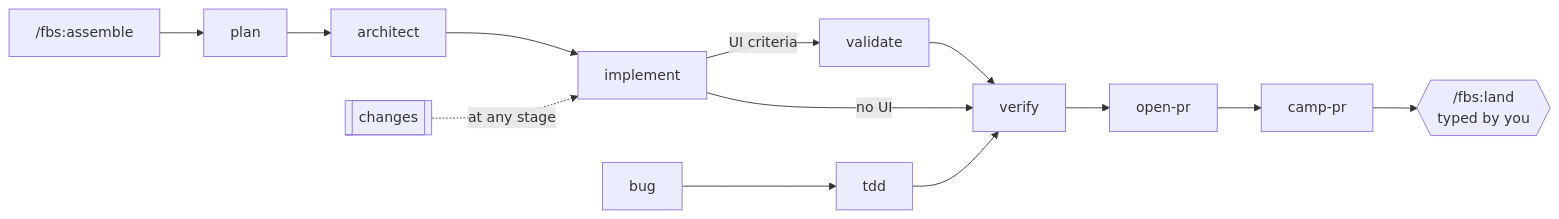
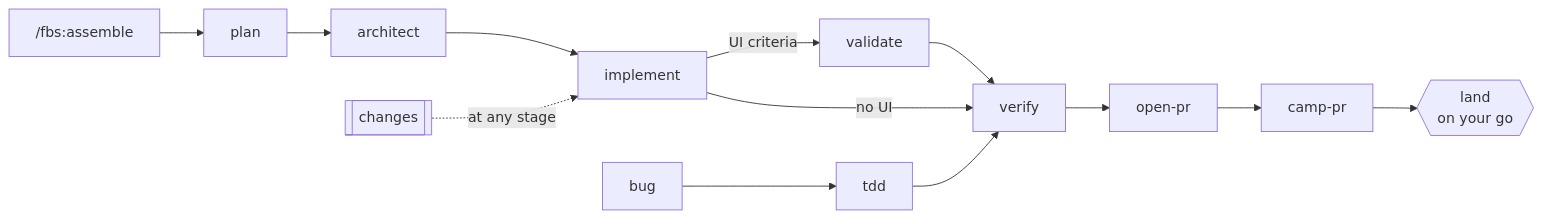
The diagram in README.md (fabricio21x/fbs), drawn with Mermaid before and after one commit. The commit also changed other lines of this file and 31 other files, not shown here.

````diff
--- a/README.md
+++ b/README.md
@@ -83,9 +83,9 @@
 ```mermaid
 flowchart LR
   A["/fbs:assemble"] --> P[plan] --> AR[architect] --> I[implement]
   I -->|UI criteria| V[validate] --> VE[verify]
   I -->|no UI| VE
-  VE --> OP[open-pr] --> CP[camp-pr] --> L{{"/fbs:land<br/>typed by you"}}
+  VE --> OP[open-pr] --> CP[camp-pr] --> L{{"land<br/>on your go"}}
   B[bug] --> T[tdd] --> VE
   C[[changes]] -.->|at any stage| I
 ```
````
